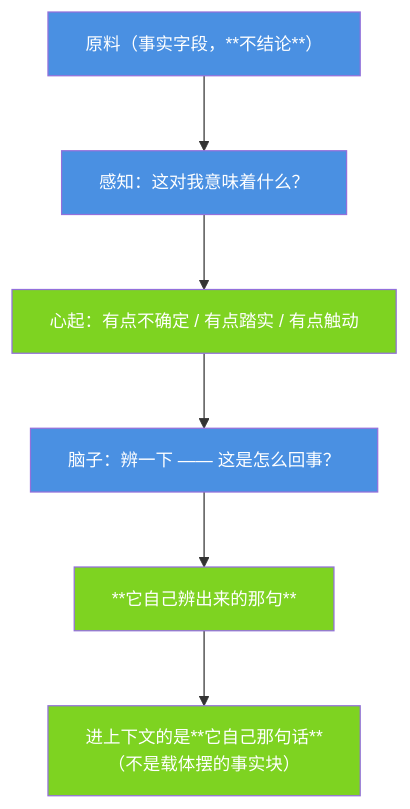
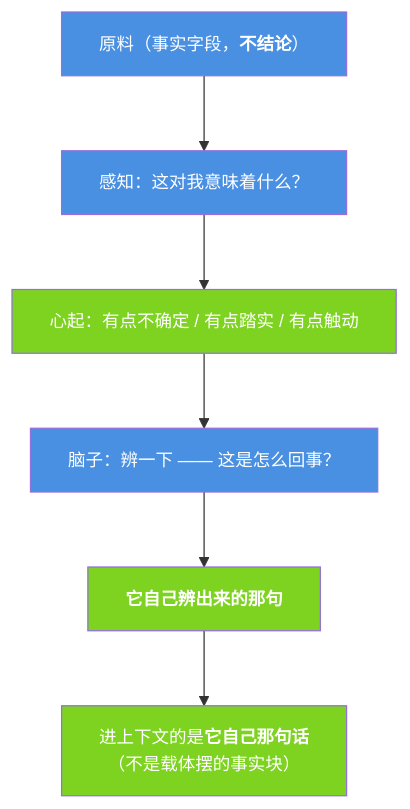
One commit to jiangchuangege/xiaojiao-harnees changed the diagram in docs/meta-via-chain.md. Above: the diagram before and after it, drawn with Mermaid. The commit also changed 18 other files, not shown here.

Commit message:
修渲染缺陷：Mermaid 里 43 处 ** 换成可渲染的 <b>（Mermaid 不解析 Markdown 加粗，图里原样显示星号）；去掉列表里嵌套的 json 围栏；新增 check_render.py 并接入 CI

````diff
--- a/docs/meta-via-chain.md
+++ b/docs/meta-via-chain.md
@@ -28,16 +28,16 @@
 ```mermaid
 %%{init: {"themeVariables": {"fontSize": "14px"}, "flowchart": {"htmlLabels": true, "wrappingWidth": 340, "nodeSpacing": 46, "rankSpacing": 60, "useMaxWidth": true}}}%%
 flowchart TB
-    R["原料（事实字段，**不结论**）"] --> P["感知：这对我意味着什么？"]
+    R["原料（事实字段，<b>不结论</b>）"] --> P["感知：这对我意味着什么？"]
     P --> H["心起：有点不确定 / 有点踏实 / 有点触动"]
     H --> B["脑子：辨一下 —— 这是怎么回事？"]
-    B --> S["**它自己辨出来的那句**"]
-    S --> C["进上下文的是**它自己那句话**<br/>（不是载体摆的事实块）"]
+    B --> S["<b>它自己辨出来的那句</b>"]
+    S --> C["进上下文的是<b>它自己那句话</b><br/>（不是载体摆的事实块）"]
     style R fill:#4A90E2,color:#fff
     style P fill:#4A90E2,color:#fff
     style H fill:#7ED321,color:#fff
     style B fill:#4A90E2,color:#fff
     style S fill:#7ED321,color:#fff
     style C fill:#7ED321,color:#fff
 
 ```
````
